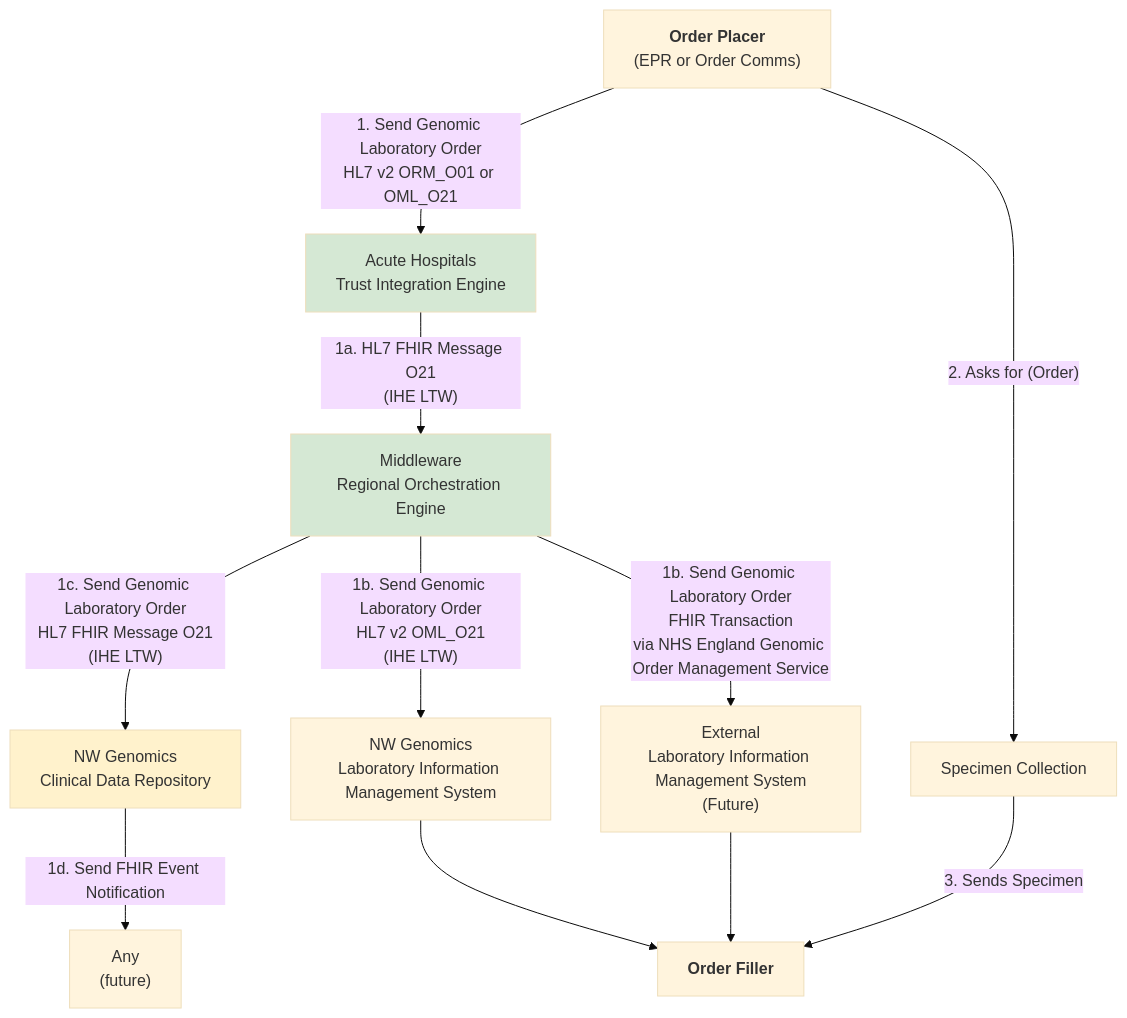
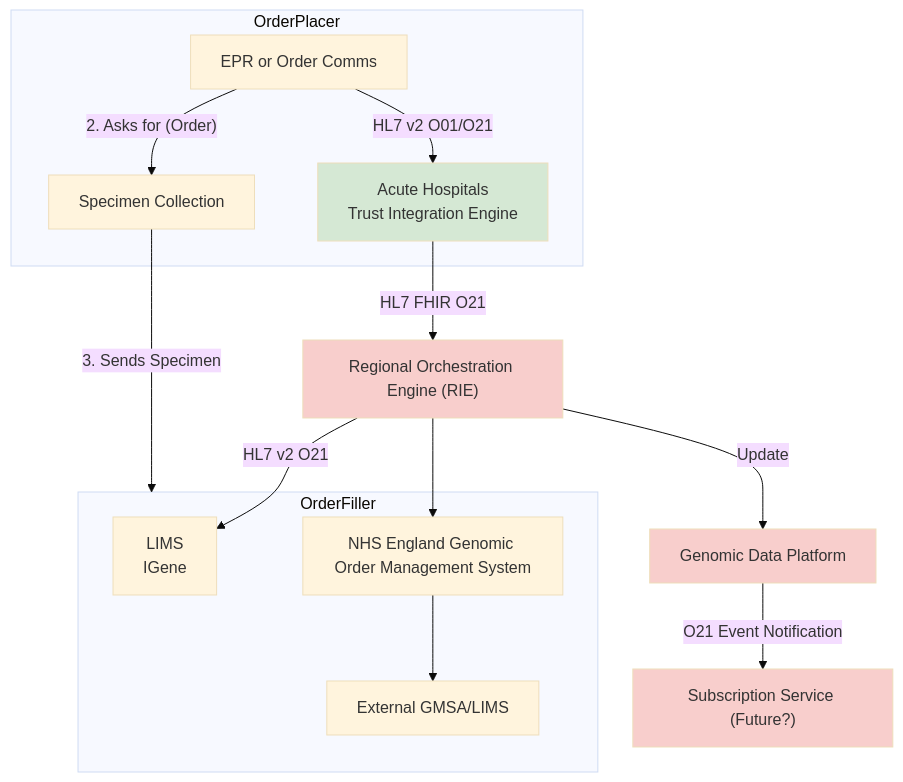
Before and after one commit to nw-gmsa/nw-gmsa.github.com: the first of 4 diagrams in input/pagecontent/LTW.md, drawn with Mermaid (base theme). The commit also changed other lines of this file and 33 other files, not shown here.

````diff
--- a/input/pagecontent/LTW.md
+++ b/input/pagecontent/LTW.md
@@ -65,19 +65,35 @@
 ```mermaid
 graph TD;
-    OrderPlacer["<b>Order Placer</b><br/>(EPR or Order Comms)"] --> |1. Send Genomic Laboratory Order<br/>HL7 v2 ORM_O01 or OML_O21| OR[Acute Hospitals<br/>Trust Integration Engine]
-       OrderPlacer --> |"2. Asks for (Order)"| SpecimenCollection
+    subgraph OrderPlacer;
+        EHR["EPR or Order Comms"] 
+        SpecimenCollection[Specimen Collection]
+        OR[Acute Hospitals<br/>Trust Integration Engine]
+        EHR --> |HL7 v2 O01/O21| OR
+        EHR --> |"2. Asks for (Order)"| SpecimenCollection    
+    end
+
+    RIE["Regional Orchestration Engine (RIE)"]
+    GDP["Genomic Data Platform"]
+    PubSub["Subscription Service (Future?)"]
+
+    subgraph OrderFiller;
+        iGene[LIMS<br/>IGene]
+        GOMS["NHS England Genomic Order Management System"] 
+        ExtLIMS[External GMSA/LIMS]
+    end 
+
     SpecimenCollection[Specimen Collection] --> |3. Sends Specimen| OrderFiller
-    OR --> |"1a. HL7 FHIR Message O21<br/>(IHE LTW)"| RIE[Middleware<br/>Regional Orchestration Engine] 
-    RIE --> |"1c. Send Genomic Laboratory Order<br/>HL7 FHIR Message O21<br/>(IHE LTW)"| CDR[NW Genomics<br/>Clinical Data Repository]
-    CDR --> |1d. Send FHIR Event Notification| Any["Any <br/>(future)"]
-    RIE --> |"1b. Send Genomic Laboratory Order<br/>HL7 v2 OML_O21<br/>(IHE LTW)"| EHRTIE[NW Genomics<br/>Laboratory Information Management System] 
-    RIE --> |"1b. Send Genomic Laboratory Order<br/>FHIR Transaction<br/>via NHS England Genomic Order Management Service"| GOMS["External<br/>Laboratory Information Management System<br/>(Future)"] 
-    EHRTIE --> OrderFiller[<b>Order Filler</b>]
-    GOMS --> OrderFiller
-
+    OR --> |HL7 FHIR O21| RIE
+    RIE --> |Update| GDP
+    RIE --> |HL7 v2 O21| iGene
+    RIE --> GOMS
+    GOMS --> ExtLIMS
+    GDP --> |O21 Event Notification| PubSub
+    
     classDef green fill:#D5E8D4;
     classDef yellow fill:#FFF2CC;
-    class RIE green;
+    classDef pink fill:#F8CECC;
+    class RIE,GDP,PubSub pink;
     class OR green;
-    class CDR yellow;
+
 ```
````
